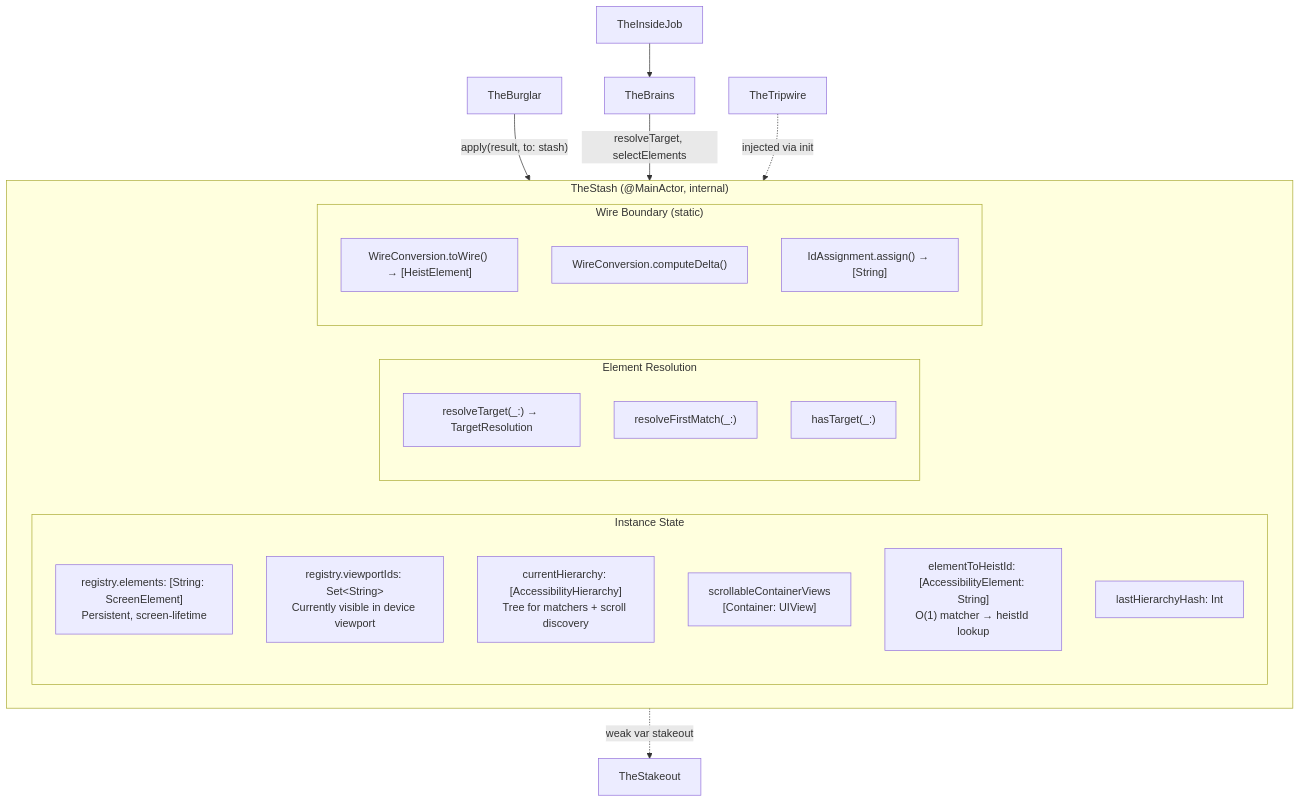
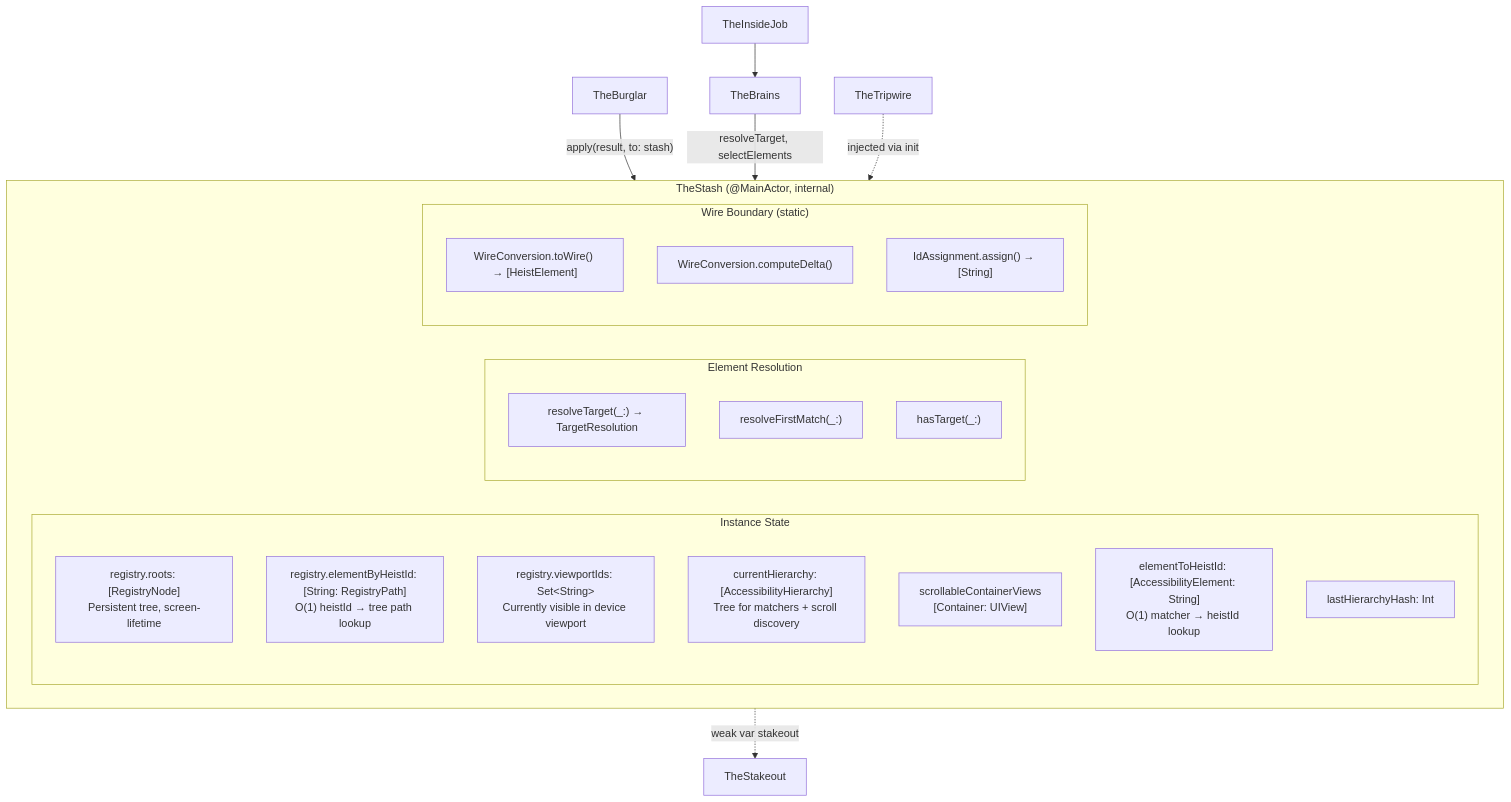
Before and after one commit to RoyalPineapple/TheButtonHeist: the second of 4 diagrams in docs/dossiers/11-THESTASH.md, drawn with Mermaid. The commit also changed other lines of this file and 13 other files, not shown here.

````diff
--- a/docs/dossiers/11-THESTASH.md
+++ b/docs/dossiers/11-THESTASH.md
@@ -80,31 +80,32 @@
 ```mermaid
 graph TD
     subgraph TheStash["TheStash (@MainActor, internal)"]
         subgraph Stores["Instance State"]
-            Registry["registry.elements: [String: ScreenElement]<br/>Persistent, screen-lifetime"]
+            Registry["registry.roots: [RegistryNode]<br/>Persistent tree, screen-lifetime"]
+            Index["registry.elementByHeistId: [String: RegistryPath]<br/>O(1) heistId → tree path lookup"]
             Viewport["registry.viewportIds: Set&lt;String&gt;<br/>Currently visible in device viewport"]
             Hierarchy["currentHierarchy: [AccessibilityHierarchy]<br/>Tree for matchers + scroll discovery"]
             ScrollViews["scrollableContainerViews<br/>[Container: UIView]"]
             ReverseIdx["elementToHeistId: [AccessibilityElement: String]<br/>O(1) matcher → heistId lookup"]
             Hash["lastHierarchyHash: Int"]
         end
 
         subgraph Resolution["Element Resolution"]
             ResolveTarget["resolveTarget(_:) → TargetResolution"]
             ResolveFirstMatch["resolveFirstMatch(_:)"]
             HasTarget["hasTarget(_:)"]
         end
 
         subgraph Wire["Wire Boundary (static)"]
             ToWire["WireConversion.toWire() → [HeistElement]"]
             Delta["WireConversion.computeDelta()"]
             IDs["IdAssignment.assign() → [String]"]
         end
     end
 
     TheBurglar["TheBurglar"] -->|"apply(result, to: stash)"| TheStash
     TheBrains["TheBrains"] -->|"resolveTarget, selectElements"| TheStash
     TheInsideJob["TheInsideJob"] --> TheBrains
     TheTripwire["TheTripwire"] -.->|injected via init| TheStash
     TheStash -.->|"weak var stakeout"| TheStakeout["TheStakeout"]
 ```
````
